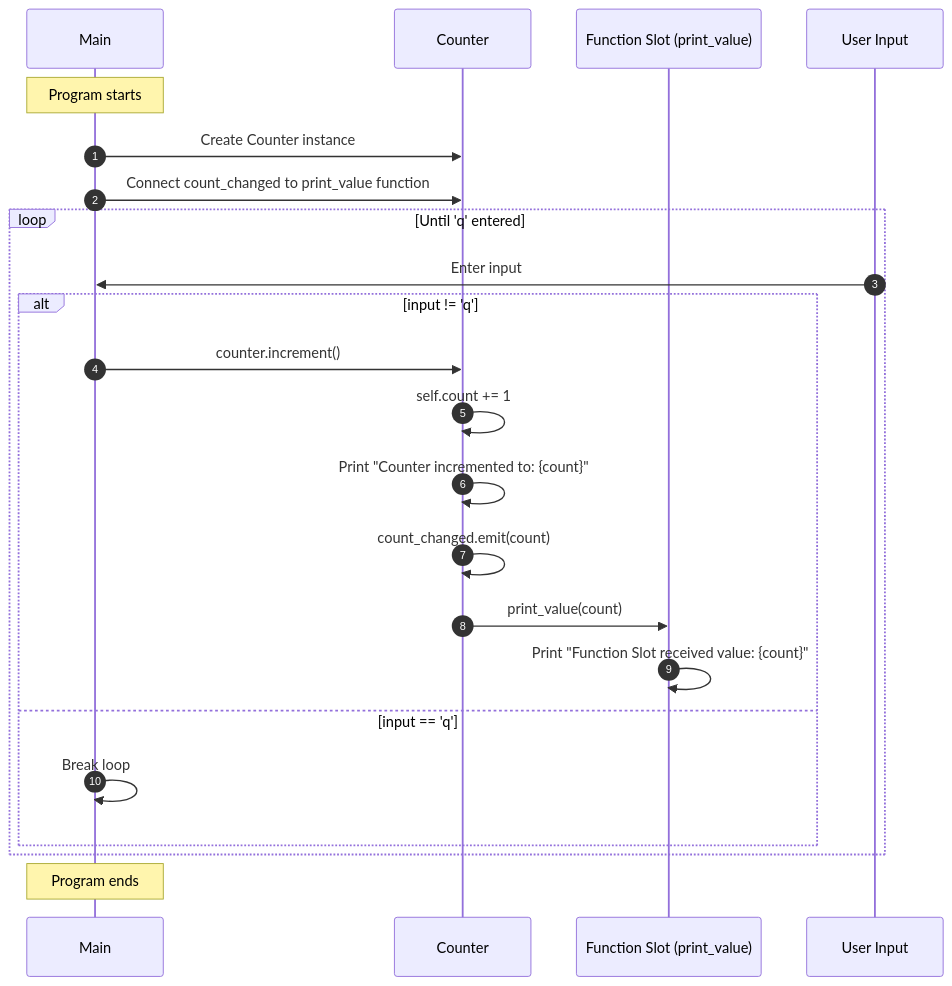
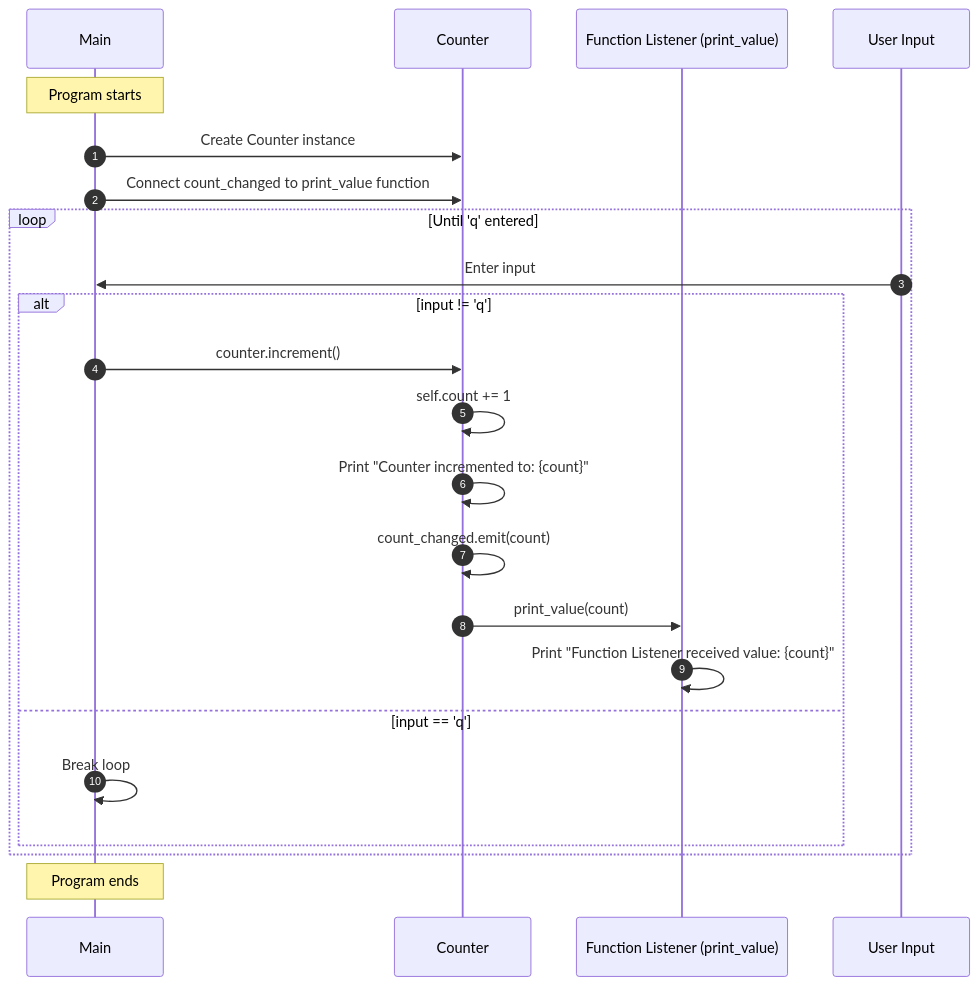
Before and after one commit to nexconnectio/pynnex: the third of 12 diagrams in docs/examples.md, drawn with Mermaid. The commit also changed other lines of this file and 43 other files, not shown here.

First line of the commit message:
refactor: rename signal/slot to emitter/listener (#10)

````diff
--- a/docs/examples.md
+++ b/docs/examples.md
@@ -135,28 +143,28 @@
 ```mermaid
 sequenceDiagram
     autonumber
     participant M as Main
     participant C as Counter
-    participant F as Function Slot (print_value)
+    participant F as Function Listener (print_value)
     participant U as User Input
 
     Note over M: Program starts
     M->>C: Create Counter instance
     M->>C: Connect count_changed to print_value function
 
     loop Until 'q' entered
         U->>M: Enter input
         alt input != 'q'
             M->>C: counter.increment()
             C->>C: self.count += 1
             C->>C: Print "Counter incremented to: {count}"
             C->>C: count_changed.emit(count)
             C->>F: print_value(count)
-            F->>F: Print "Function Slot received value: {count}"
+            F->>F: Print "Function Listener received value: {count}"
         else input == 'q'
             M->>M: Break loop
         end
     end
 
     Note over M: Program ends
 ```
````
